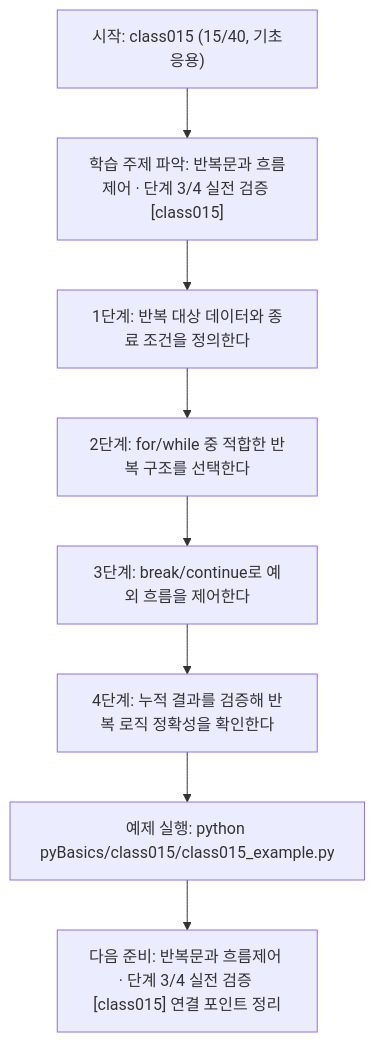
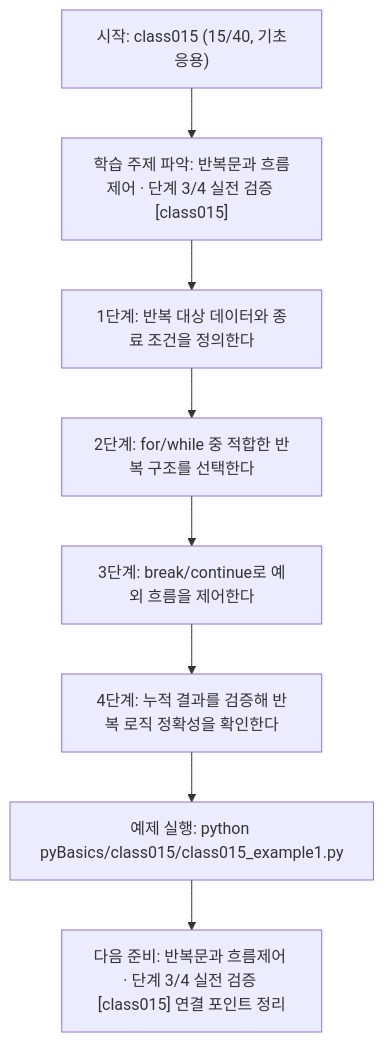
The diagram in pyBasics/class015/class015.md (edumgt/Python-AI_Agent-Class), drawn with Mermaid before and after one commit. The commit also changed other lines of this file and 2959 other files, not shown here.

````diff
--- a/pyBasics/class015/class015.md
+++ b/pyBasics/class015/class015.md
@@ -109,18 +109,18 @@
 ```mermaid
 flowchart TD
 N1["시작: class015 (15/40, 기초응용)"]
 N2["학습 주제 파악: 반복문과 흐름제어 · 단계 3/4 실전 검증 [class015]"]
 N3["1단계: 반복 대상 데이터와 종료 조건을 정의한다"]
 N4["2단계: for/while 중 적합한 반복 구조를 선택한다"]
 N5["3단계: break/continue로 예외 흐름을 제어한다"]
 N6["4단계: 누적 결과를 검증해 반복 로직 정확성을 확인한다"]
-N7["예제 실행: python pyBasics/class015/class015_example.py"]
+N7["예제 실행: python pyBasics/class015/class015_example1.py"]
 N8["다음 준비: 반복문과 흐름제어 · 단계 3/4 실전 검증 [class015] 연결 포인트 정리"]
 N1 --> N2
 N2 --> N3
 N3 --> N4
 N4 --> N5
 N5 --> N6
 N6 --> N7
 N7 --> N8
 ```
````
